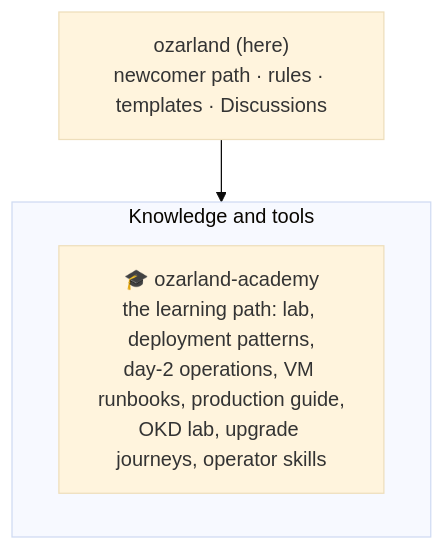
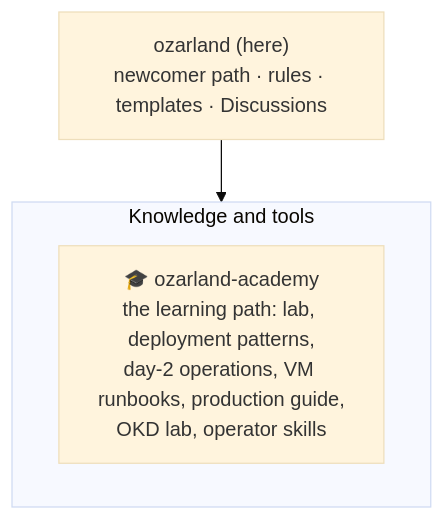
One commit to OzarLand/ozarland changed the second of 3 diagrams in README.md. Above: the diagram before and after it, drawn with Mermaid (base theme). The commit also changed other lines of this file and 5 other files, not shown here.

First line of the commit message:
Remove the Upgrade journeys from the academy path

````diff
--- a/README.md
+++ b/README.md
@@ -106,9 +106,9 @@
 ```mermaid
 flowchart TB
     HUB["ozarland (here)<br/>newcomer path · rules · templates · Discussions"]
     HUB --> KB
     subgraph KB ["Knowledge and tools"]
         direction LR
-        AC["🎓 ozarland-academy<br/>the learning path: lab, deployment patterns,<br/>day-2 operations, VM runbooks, production guide,<br/>OKD lab, upgrade journeys, operator skills"]
+        AC["🎓 ozarland-academy<br/>the learning path: lab, deployment patterns,<br/>day-2 operations, VM runbooks, production guide,<br/>OKD lab, operator skills"]
     end
 ```
````
